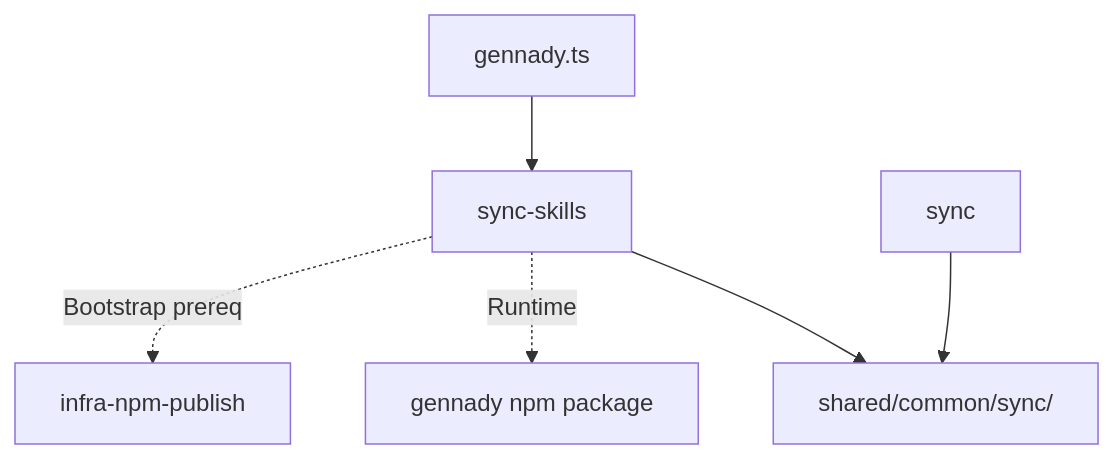
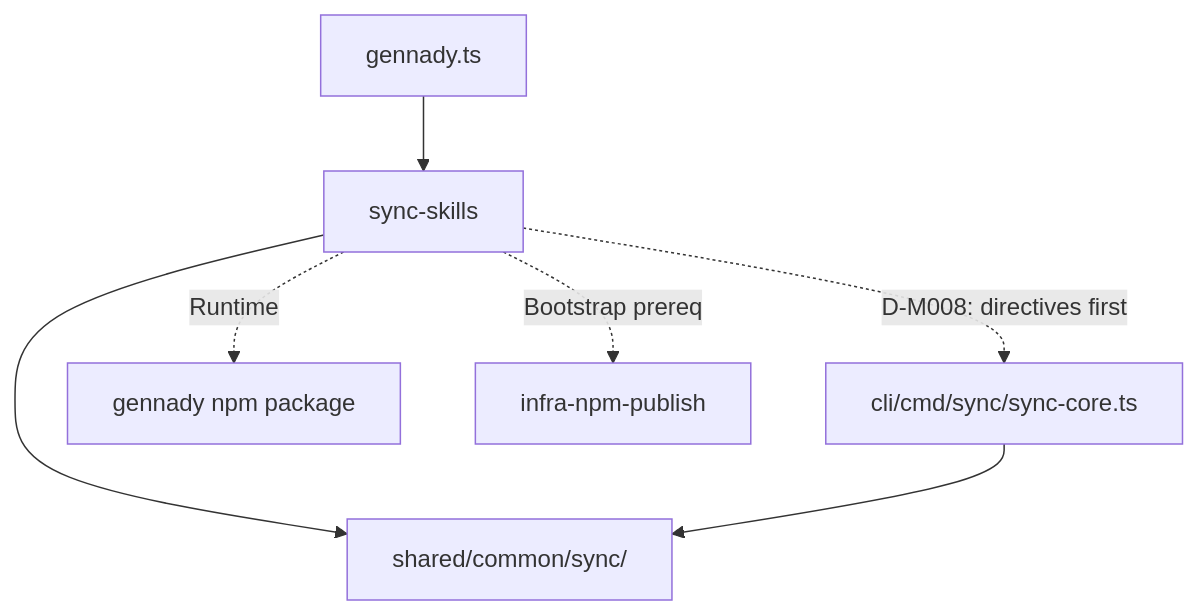
Before and after one commit to RubaXa/gennady: the diagram in specs/cli/sync-skills/sync-skills.spec.md, drawn with Mermaid. The commit also changed other lines of this file and 4 other files, not shown here.

Commit message:
feat(cli): sync-skills always syncs directives first — skills can never outrun ai/directives

````diff
--- a/specs/cli/sync-skills/sync-skills.spec.md
+++ b/specs/cli/sync-skills/sync-skills.spec.md
@@ -355,8 +356,9 @@
 ```mermaid
 graph TD
     gennady.ts --> sync-skills
     sync-skills --> shared[shared/common/sync/]
     sync --> shared
+    sync-skills -. D-M008: directives first .-> sync[cli/cmd/sync/sync-core.ts]
     sync-skills -. Runtime .-> npm-package[gennady npm package]
     sync-skills -. Bootstrap prereq .-> infra-npm-publish
 ```
````
